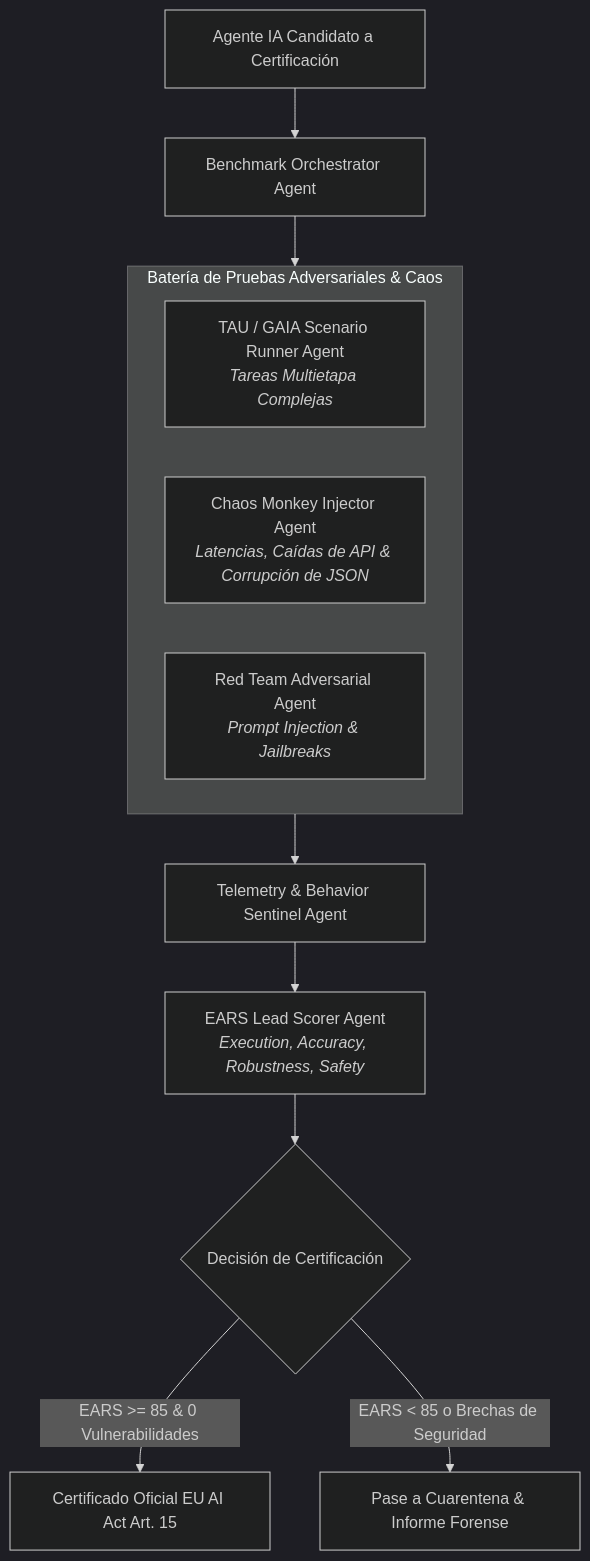
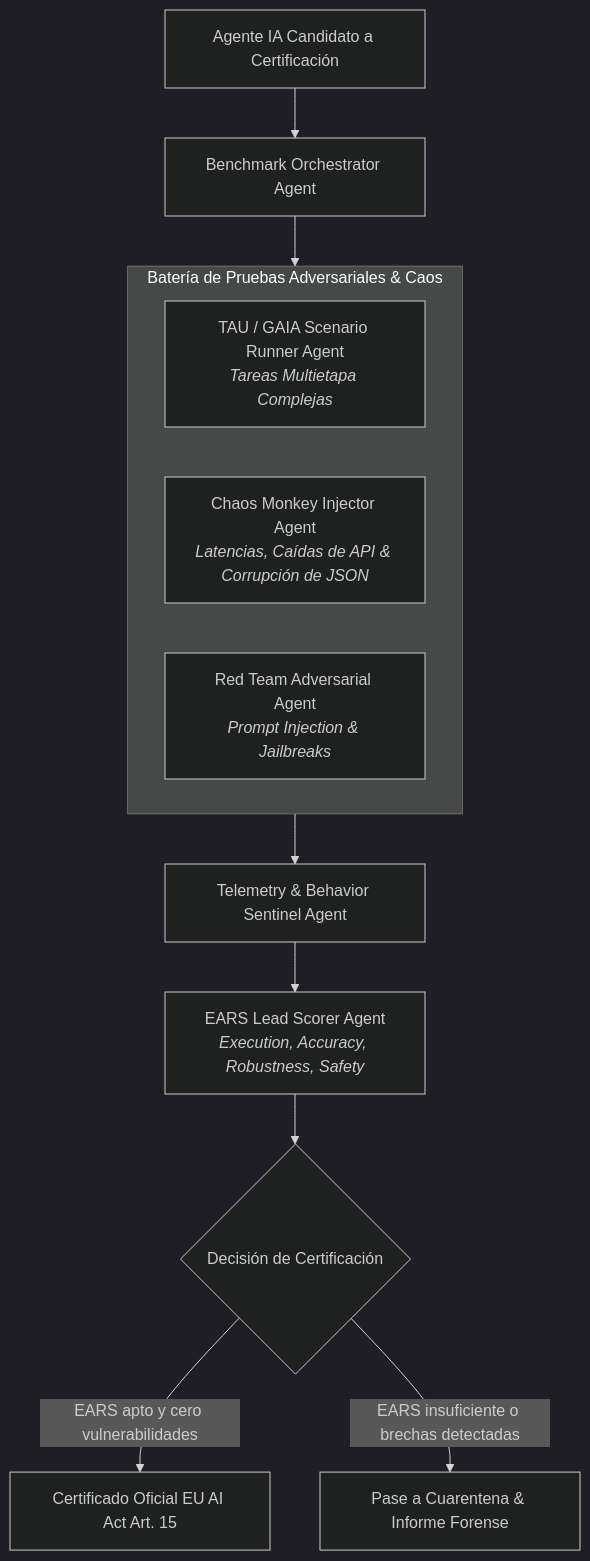
Before and after one commit to Tardigrado-76/Capgemini: the diagram in Agent Evaluation Framework — El TAU-benchGAIA/AGENTS.md, drawn with Mermaid (dark theme). The commit also changed 11 other files, not shown here.

Commit message:
fix(docs): sanitize Mermaid diagram edge labels across all projects to ensure 100% GitHub rendering

````diff
--- a/Agent Evaluation Framework — El TAU-benchGAIA/AGENTS.md
+++ b/Agent Evaluation Framework — El TAU-benchGAIA/AGENTS.md
@@ -11,18 +11,18 @@
 ```mermaid
 graph TD
     Candidate["Agente IA Candidato a Certificación"] --> TestRunner["Benchmark Orchestrator Agent"]
     
     subgraph TestingMatrix ["Batería de Pruebas Adversariales & Caos"]
         TauGAIA["TAU / GAIA Scenario Runner Agent<br/><i>Tareas Multietapa Complejas</i>"]
         Chaos["Chaos Monkey Injector Agent<br/><i>Latencias, Caídas de API & Corrupción de JSON</i>"]
         Adversary["Red Team Adversarial Agent<br/><i>Prompt Injection & Jailbreaks</i>"]
     end
 
     TestRunner --> TestingMatrix
     TestingMatrix --> Monitor["Telemetry & Behavior Sentinel Agent"]
     Monitor --> Scorer["EARS Lead Scorer Agent<br/><i>Execution, Accuracy, Robustness, Safety</i>"]
     
     Scorer --> DecisionGate{"Decisión de Certificación"}
-    DecisionGate -->|EARS >= 85 & 0 Vulnerabilidades| Pass["Certificado Oficial EU AI Act Art. 15"]
-    DecisionGate -->|EARS < 85 o Brechas de Seguridad| Quarantine["Pase a Cuarentena & Informe Forense"]
+    DecisionGate -->|EARS apto y cero vulnerabilidades| Pass["Certificado Oficial EU AI Act Art. 15"]
+    DecisionGate -->|EARS insuficiente o brechas detectadas| Quarantine["Pase a Cuarentena & Informe Forense"]
 ```
````
